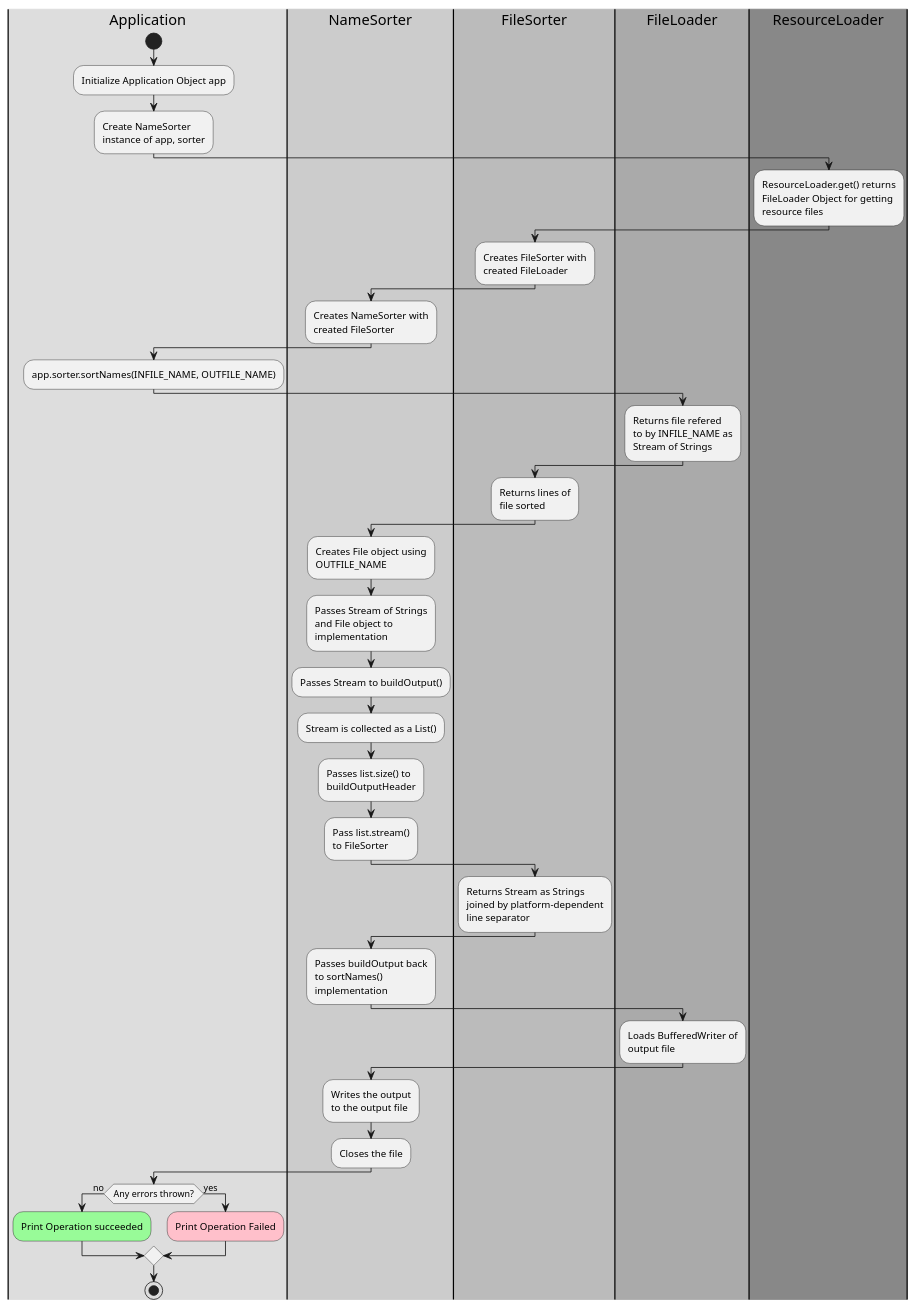
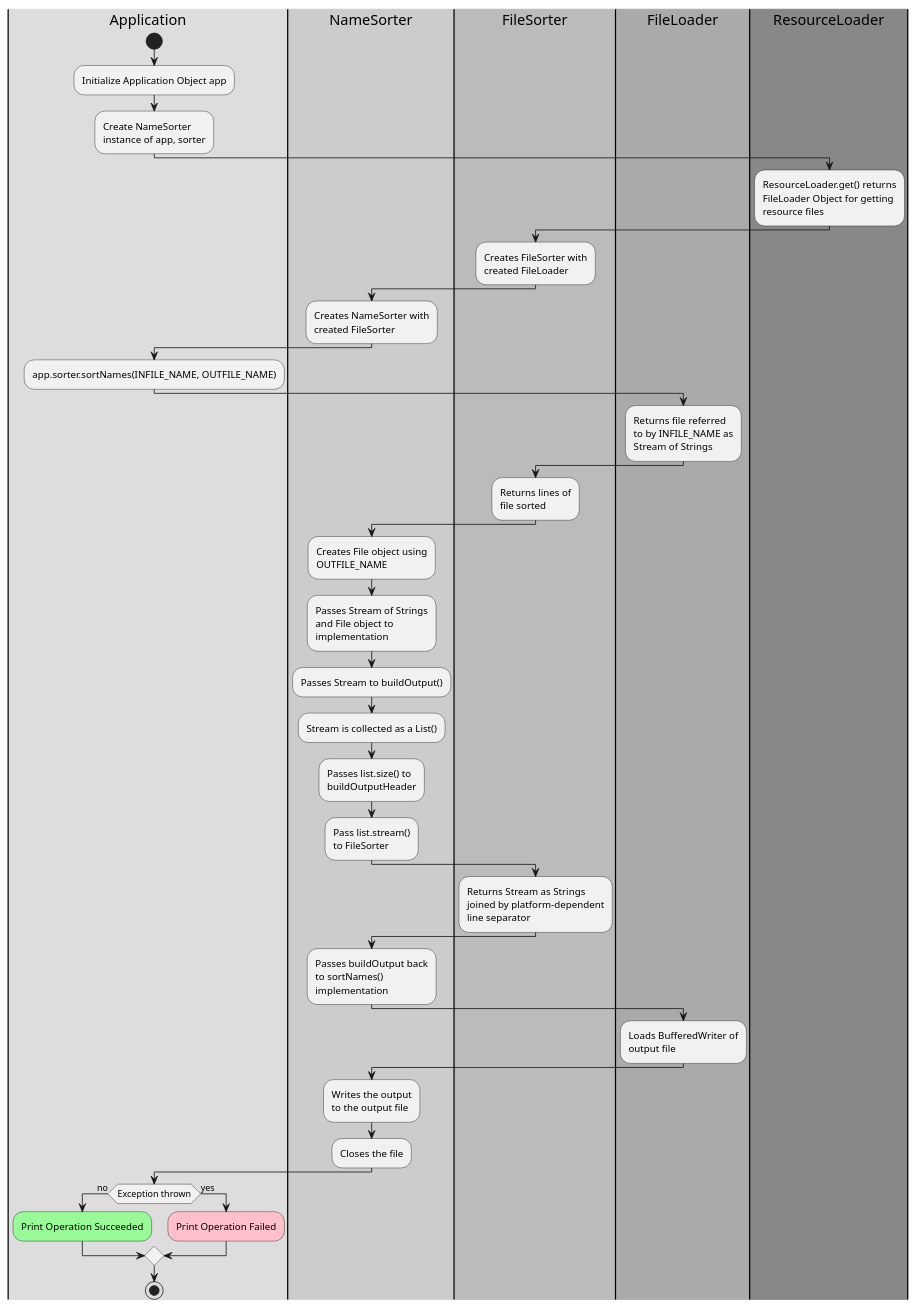
One commit to xera51/gray-cop3330-assignment3 changed the diagram in docs/ex41ActivityDiagram.puml. Above: the diagram before and after it, drawn with PlantUML.

Commit message:
Minor changes for cleanliness

```diff
--- a/docs/ex41ActivityDiagram.puml
+++ b/docs/ex41ActivityDiagram.puml
@@ -1,68 +1,68 @@
 @startuml
 
-|#DDDDDD|Application|
-|#CCCCCC|NameSorter|
-|#BBBBBB|FileSorter|
-|#AAAAAA|FileLoader|
+|#DDD|Application|
+|#CCC|NameSorter|
+|#BBB|FileSorter|
+|#AAA|FileLoader|
 |#888888|ResourceLoader|
 |Application|
 start
 |Application|
 :Initialize Application Object app;
 :Create NameSorter
 instance of app, sorter;
 |ResourceLoader|
 :ResourceLoader.get() returns
 FileLoader Object for getting
 resource files;
 |FileSorter|
 :Creates FileSorter with
 created FileLoader;
 |NameSorter|
 :Creates NameSorter with
 created FileSorter;
 |Application|
 :app.sorter.sortNames(INFILE_NAME, OUTFILE_NAME);
 |FileLoader|
-:Returns file refered
+:Returns file referred
 to by INFILE_NAME as
 Stream of Strings;
 |FileSorter|
 :Returns lines of
 file sorted;
 |NameSorter|
 :Creates File object using
 OUTFILE_NAME;
 :Passes Stream of Strings
 and File object to
 implementation;
 :Passes Stream to buildOutput();
 :Stream is collected as a List();
 :Passes list.size() to
 buildOutputHeader;
 :Pass list.stream()
 to FileSorter;
 |FileSorter|
 :Returns Stream as Strings
 joined by platform-dependent
 line separator;
 |NameSorter|
 :Passes buildOutput back
 to sortNames()
 implementation;
 |FileLoader|
 :Loads BufferedWriter of
 output file;
 |NameSorter|
 :Writes the output
 to the output file;
 :Closes the file;
 |Application|
-if (Any errors thrown?) then (no)
-#palegreen:Print Operation succeeded;
+if (Exception thrown) then (no)
+    #palegreen:Print Operation Succeeded;
 else (yes)
-#pink:Print Operation Failed;
+    #pink:Print Operation Failed;
 endif
 stop
 
 @enduml
```
